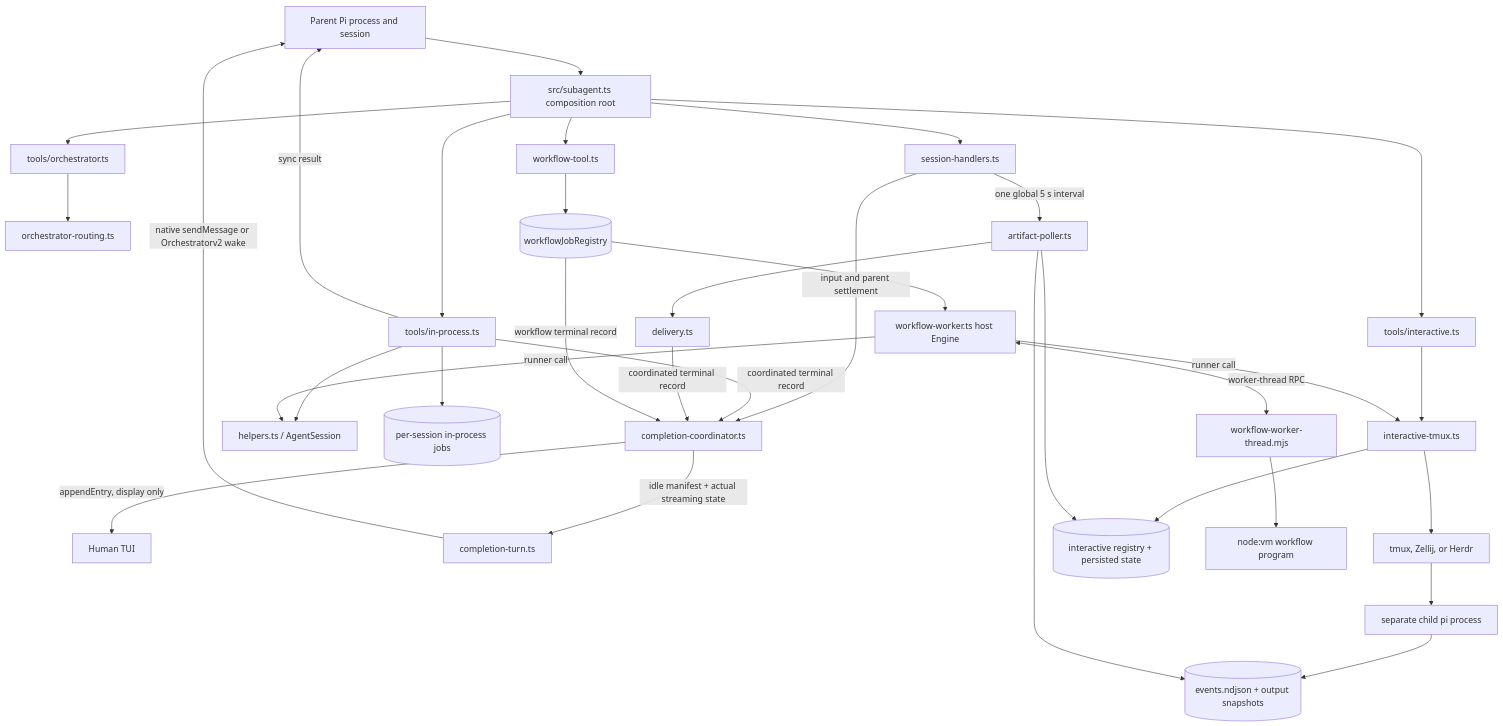
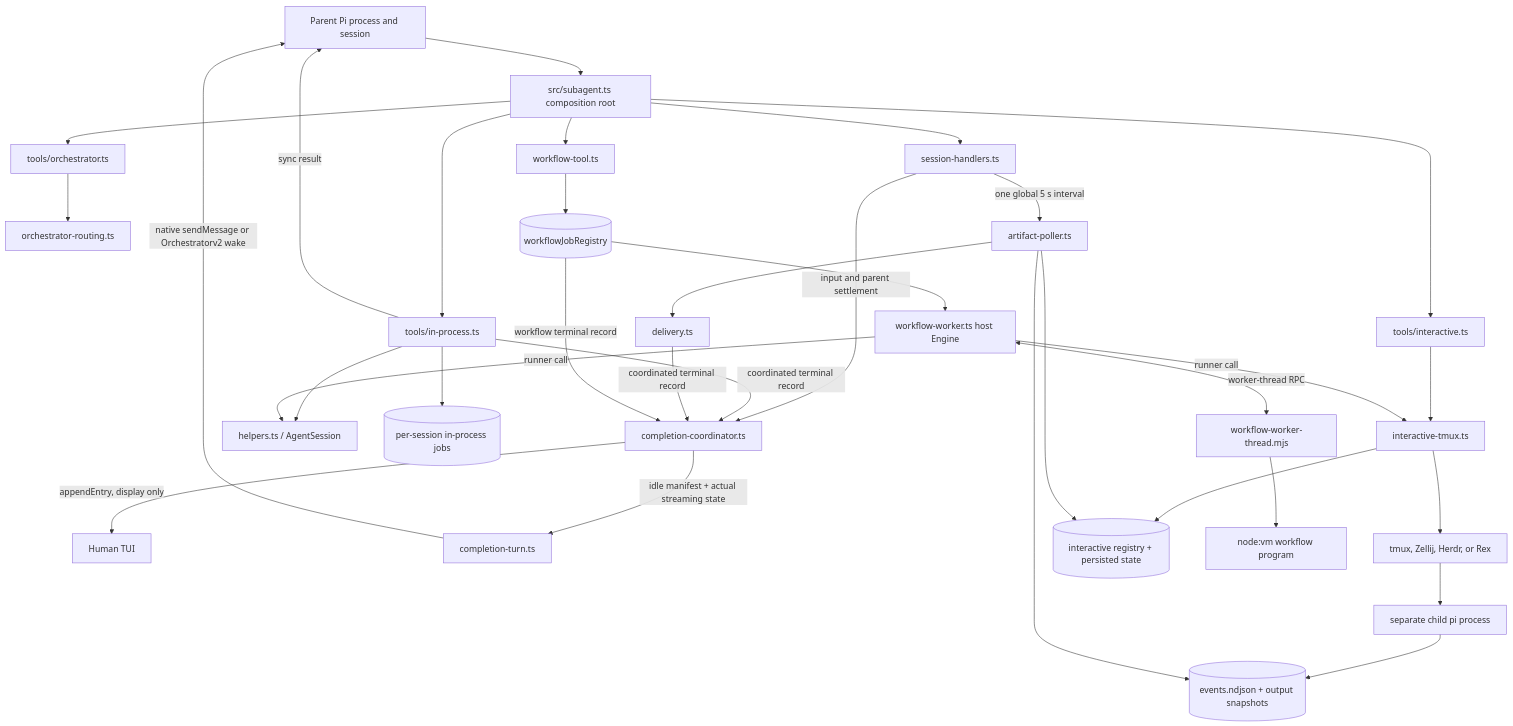
Before and after one commit to lmn451/pi-subagentura: the first of 8 diagrams in architecture.md, drawn with Mermaid. The commit also changed other lines of this file and 86 other files, not shown here.

````diff
--- a/architecture.md
+++ b/architecture.md
@@ -32,67 +32,67 @@
 ```mermaid
 flowchart TB
   Parent[Parent Pi process and session]
   Human[Human TUI]
   Root[src/subagent.ts composition root]
   Session[session-handlers.ts]
   Coordinator[completion-coordinator.ts]
   Turn[completion-turn.ts]
   RouteTools[tools/orchestrator.ts]
   Routing[orchestrator-routing.ts]
 
   InTools[tools/in-process.ts]
   InKernel[helpers.ts / AgentSession]
   InJobs[(per-session in-process jobs)]
 
   IntTools[tools/interactive.ts]
   IntKernel[interactive-tmux.ts]
-  Mux[tmux, Zellij, or Herdr]
+  Mux[tmux, Zellij, Herdr, or Rex]
   Child[separate child pi process]
   Artifacts[(events.ndjson + output snapshots)]
   IntJobs[(interactive registry + persisted state)]
   Poller[artifact-poller.ts]
   Delivery[delivery.ts]
 
   WfTools[workflow-tool.ts]
   WfJobs[(workflowJobRegistry)]
   Host[workflow-worker.ts host Engine]
   Worker[workflow-worker-thread.mjs]
   VM[node:vm workflow program]
 
   Parent --> Root
   Root --> Session
   Root --> InTools
   Root --> IntTools
   Root --> WfTools
   Root --> RouteTools
   RouteTools --> Routing
   Session -->|input and parent settlement| Coordinator
 
   InTools --> InKernel
   InTools --> InJobs
   InTools -->|coordinated terminal record| Coordinator
   InTools -->|sync result| Parent
 
   IntTools --> IntKernel
   IntKernel --> Mux
   Mux --> Child
   Child --> Artifacts
   IntKernel --> IntJobs
   Session -->|one global 5 s interval| Poller
   Poller --> Artifacts
   Poller --> IntJobs
   Poller --> Delivery
   Delivery -->|coordinated terminal record| Coordinator
 
   WfTools --> WfJobs
   WfJobs --> Host
   Host <-->|worker-thread RPC| Worker
   Worker --> VM
   Host -->|runner call| InKernel
   Host -->|runner call| IntKernel
   WfJobs -->|workflow terminal record| Coordinator
 
   Coordinator -->|appendEntry, display only| Human
   Coordinator -->|idle manifest + actual streaming state| Turn
   Turn -->|native sendMessage or Orchestratorv2 wake| Parent
 ```
````
